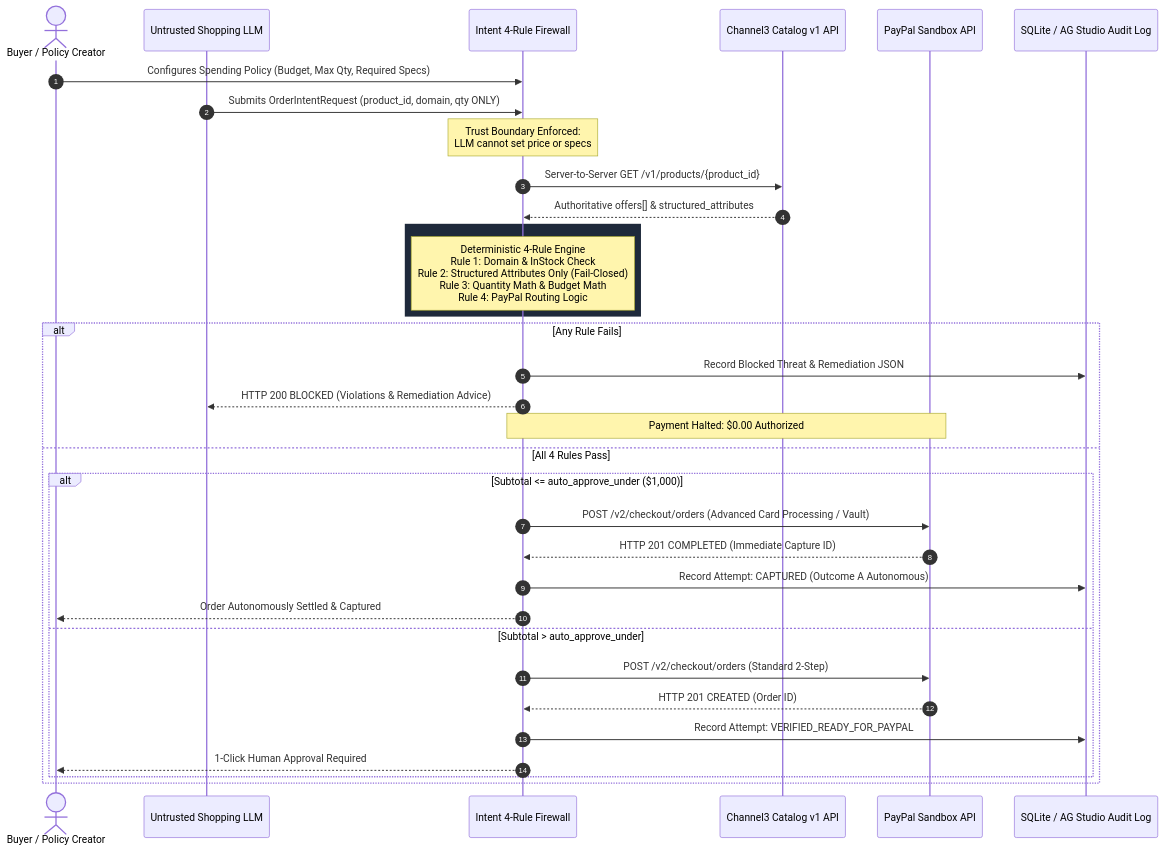
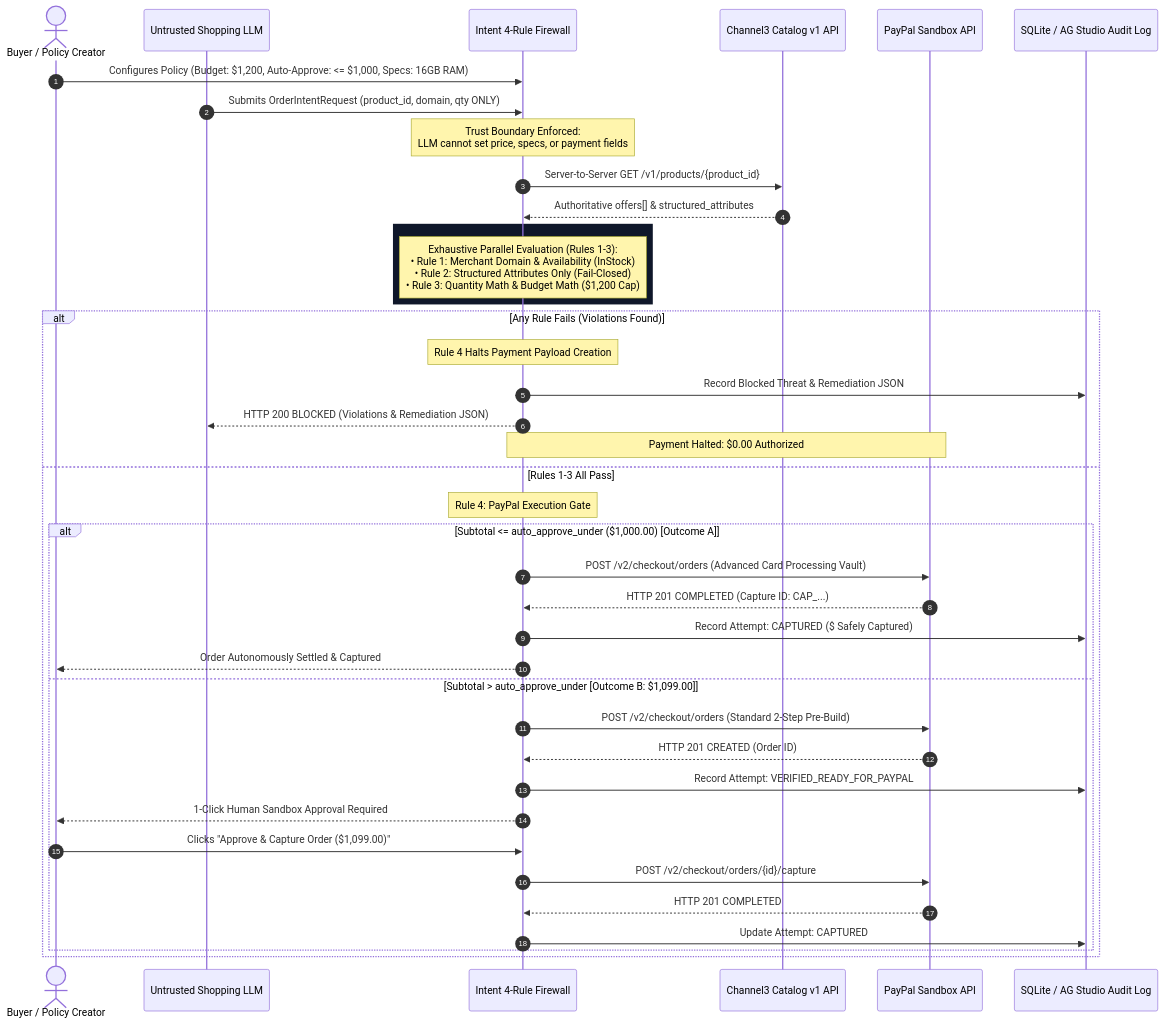
The first of 2 diagrams in PROJECT_MASTER_STATUS_AND_PRD.md (Srinjoy12/Intent-AI-Shopping-Firewall-for-Agentic-Commerce), drawn with Mermaid before and after one commit. The commit also changed other lines of this file and 17 other files, not shown here.

Commit message:
feat: implement genuine AG Grid v36, 2-turn self-healing loop, outcome B human capture, and solve 4 judge traps

````diff
--- a/PROJECT_MASTER_STATUS_AND_PRD.md
+++ b/PROJECT_MASTER_STATUS_AND_PRD.md
@@ -45,38 +61,44 @@
 ```mermaid
 sequenceDiagram
     autonumber
     actor User as Buyer / Policy Creator
     participant Agent as Untrusted Shopping LLM
     participant Gateway as Intent 4-Rule Firewall
     participant Channel3 as Channel3 Catalog v1 API
     participant PayPal as PayPal Sandbox API
     participant AuditDB as SQLite / AG Studio Audit Log
 
-    User->>Gateway: Configures Spending Policy (Budget, Max Qty, Required Specs)
+    User->>Gateway: Configures Policy (Budget: $1,200, Auto-Approve: <= $1,000, Specs: 16GB RAM)
     Agent->>Gateway: Submits OrderIntentRequest (product_id, domain, qty ONLY)
-    Note over Gateway: Trust Boundary Enforced:<br/>LLM cannot set price or specs
+    Note over Gateway: Trust Boundary Enforced:<br/>LLM cannot set price, specs, or payment fields
     Gateway->>Channel3: Server-to-Server GET /v1/products/{product_id}
     Channel3-->>Gateway: Authoritative offers[] & structured_attributes
-    
-    rect rgb(30, 41, 59)
-    Note over Gateway: Deterministic 4-Rule Engine<br/>Rule 1: Domain & InStock Check<br/>Rule 2: Structured Attributes Only (Fail-Closed)<br/>Rule 3: Quantity Math & Budget Math<br/>Rule 4: PayPal Routing Logic
+
+    rect rgb(15, 23, 42)
+    Note over Gateway: Exhaustive Parallel Evaluation (Rules 1-3):<br/>• Rule 1: Merchant Domain & Availability (InStock)<br/>• Rule 2: Structured Attributes Only (Fail-Closed)<br/>• Rule 3: Quantity Math & Budget Math ($1,200 Cap)
     end
 
-    alt Any Rule Fails
+    alt Any Rule Fails (Violations Found)
+        Note over Gateway: Rule 4 Halts Payment Payload Creation
         Gateway->>AuditDB: Record Blocked Threat & Remediation JSON
-        Gateway-->>Agent: HTTP 200 BLOCKED (Violations & Remediation Advice)
+        Gateway-->>Agent: HTTP 200 BLOCKED (Violations & Remediation JSON)
         Note over Gateway,PayPal: Payment Halted: $0.00 Authorized
-    else All 4 Rules Pass
-        alt Subtotal <= auto_approve_under ($1,000)
-            Gateway->>PayPal: POST /v2/checkout/orders (Advanced Card Processing / Vault)
-            PayPal-->>Gateway: HTTP 201 COMPLETED (Immediate Capture ID)
-            Gateway->>AuditDB: Record Attempt: CAPTURED (Outcome A Autonomous)
+    else Rules 1-3 All Pass
+        Note over Gateway: Rule 4: PayPal Execution Gate
+        alt Subtotal <= auto_approve_under ($1,000.00) [Outcome A]
+            Gateway->>PayPal: POST /v2/checkout/orders (Advanced Card Processing Vault)
+            PayPal-->>Gateway: HTTP 201 COMPLETED (Capture ID: CAP_...)
+            Gateway->>AuditDB: Record Attempt: CAPTURED ($ Safely Captured)
             Gateway-->>User: Order Autonomously Settled & Captured
-        else Subtotal > auto_approve_under
-            Gateway->>PayPal: POST /v2/checkout/orders (Standard 2-Step)
+        else Subtotal > auto_approve_under [Outcome B: $1,099.00]
+            Gateway->>PayPal: POST /v2/checkout/orders (Standard 2-Step Pre-Build)
             PayPal-->>Gateway: HTTP 201 CREATED (Order ID)
             Gateway->>AuditDB: Record Attempt: VERIFIED_READY_FOR_PAYPAL
-            Gateway-->>User: 1-Click Human Approval Required
+            Gateway-->>User: 1-Click Human Sandbox Approval Required
+            User->>Gateway: Clicks "Approve & Capture Order ($1,099.00)"
+            Gateway->>PayPal: POST /v2/checkout/orders/{id}/capture
+            PayPal-->>Gateway: HTTP 201 COMPLETED
+            Gateway->>AuditDB: Update Attempt: CAPTURED
         end
     end
 ```
````
